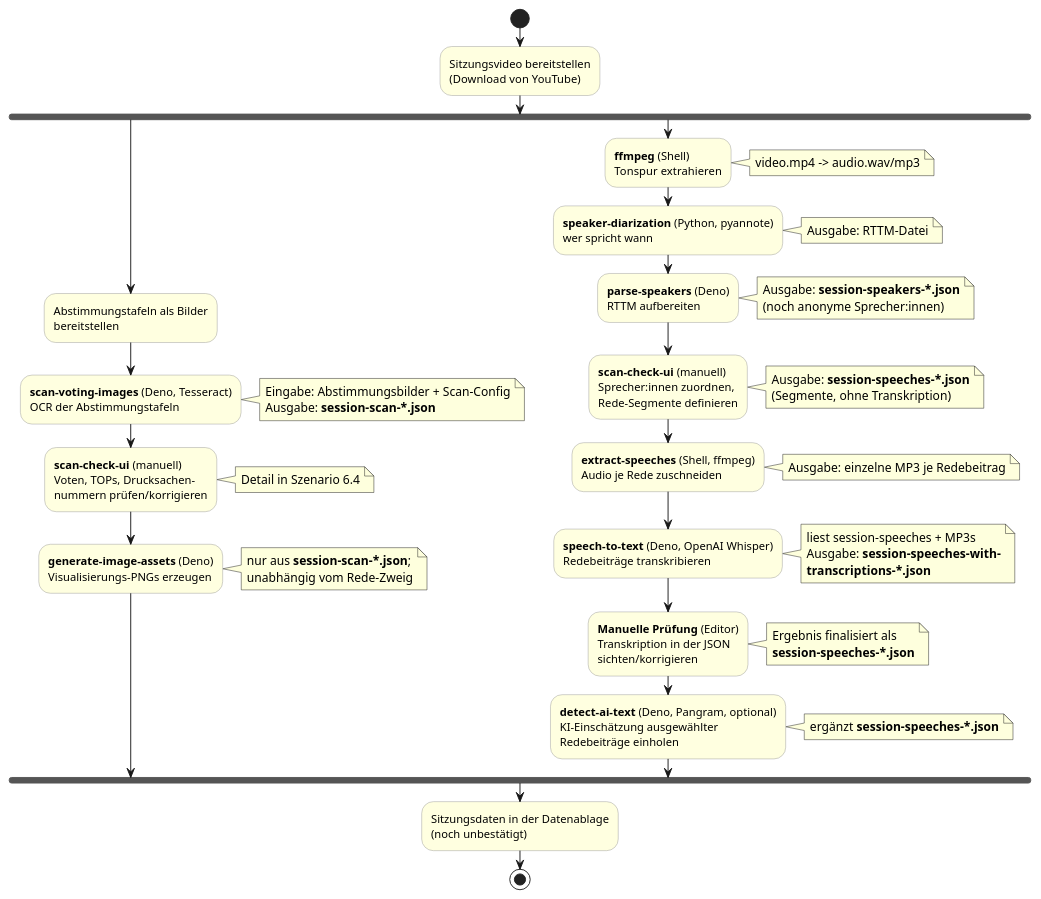
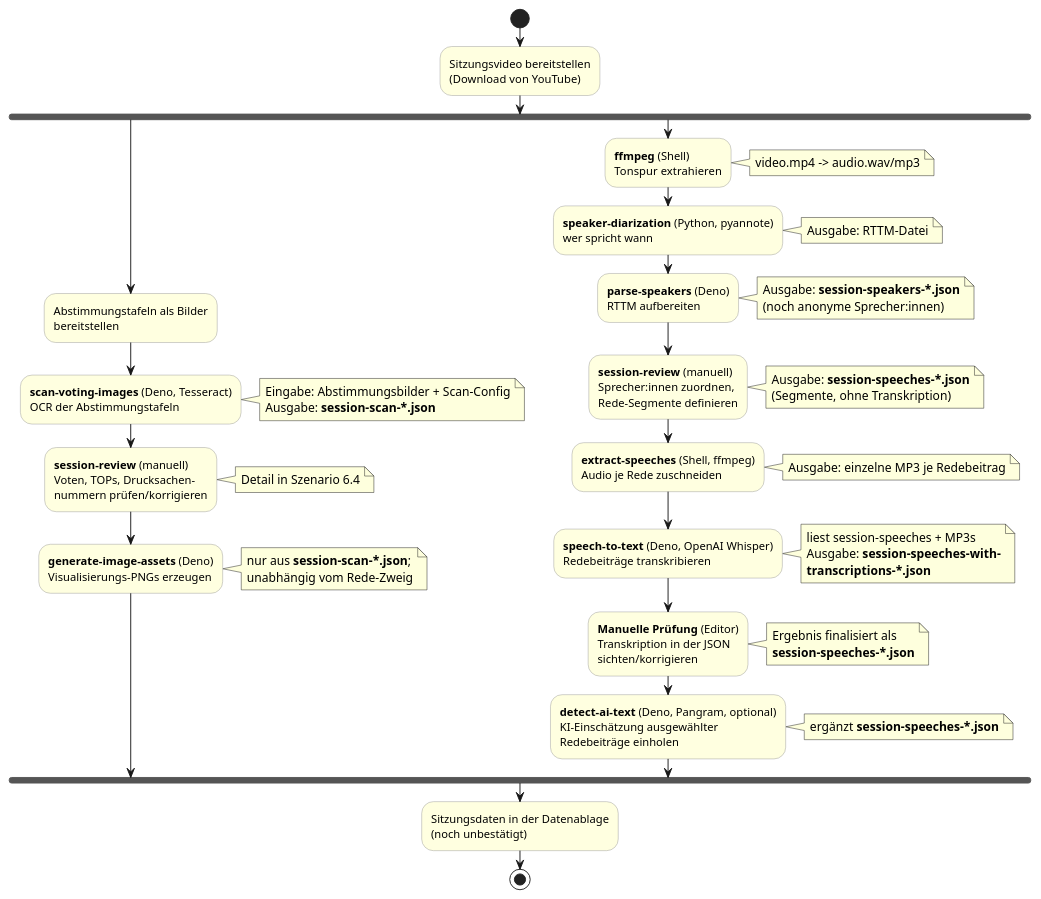
Before and after one commit to ungeschneuer/StadtratWatch-Leipzig: the diagram in docs/arc42/06-laufzeitsicht/01-sitzungsverarbeitung.adoc, drawn with PlantUML. The commit also changed other lines of this file and 44 other files, not shown here.

First line of the commit message:
feat: add session-review tool (#528)

```diff
--- a/docs/arc42/06-laufzeitsicht/01-sitzungsverarbeitung.adoc
+++ b/docs/arc42/06-laufzeitsicht/01-sitzungsverarbeitung.adoc
@@ -36,66 +36,66 @@
 [plantuml,lz-sitzungsverarbeitung,svg]
 ....
 @startuml
 skinparam shadowing false
 skinparam activity {
   BackgroundColor #lightyellow
   BorderColor #999999
 }
 
 start
 :Sitzungsvideo bereitstellen\n(Download von YouTube);
 
 fork
   ' --- Abstimmungs-Zweig (OCR) ---
   :Abstimmungstafeln als Bilder\nbereitstellen;
   :**scan-voting-images** (Deno, Tesseract)\nOCR der Abstimmungstafeln;
   note right
     Eingabe: Abstimmungsbilder + Scan-Config
     Ausgabe: **session-scan-*.json**
   end note
-  :**scan-check-ui** (manuell)\nVoten, TOPs, Drucksachen-\nnummern prüfen/korrigieren;
+  :**session-review** (manuell)\nVoten, TOPs, Drucksachen-\nnummern prüfen/korrigieren;
   note right: Detail in Szenario 6.4
   :**generate-image-assets** (Deno)\nVisualisierungs-PNGs erzeugen;
   note right
     nur aus **session-scan-*.json**;
     unabhängig vom Rede-Zweig
   end note
 fork again
   ' --- Rede-Zweig (Audio) ---
   :**ffmpeg** (Shell)\nTonspur extrahieren;
   note right: video.mp4 -> audio.wav/mp3
   :**speaker-diarization** (Python, pyannote)\nwer spricht wann;
   note right: Ausgabe: RTTM-Datei
   :**parse-speakers** (Deno)\nRTTM aufbereiten;
   note right
     Ausgabe: **session-speakers-*.json**
     (noch anonyme Sprecher:innen)
   end note
-  :**scan-check-ui** (manuell)\nSprecher:innen zuordnen,\nRede-Segmente definieren;
+  :**session-review** (manuell)\nSprecher:innen zuordnen,\nRede-Segmente definieren;
   note right
     Ausgabe: **session-speeches-*.json**
     (Segmente, ohne Transkription)
   end note
   :**extract-speeches** (Shell, ffmpeg)\nAudio je Rede zuschneiden;
   note right: Ausgabe: einzelne MP3 je Redebeitrag
   :**speech-to-text** (Deno, OpenAI Whisper)\nRedebeiträge transkribieren;
   note right
     liest session-speeches + MP3s
     Ausgabe: **session-speeches-with-**
     **transcriptions-*.json**
   end note
   :**Manuelle Prüfung** (Editor)\nTranskription in der JSON\nsichten/korrigieren;
   note right
     Ergebnis finalisiert als
     **session-speeches-*.json**
   end note
   :**detect-ai-text** (Deno, Pangram, optional)\nKI-Einschätzung ausgewählter\nRedebeiträge einholen;
   note right
     ergänzt **session-speeches-*.json**
   end note
 end fork
 
 :Sitzungsdaten in der Datenablage\n(noch unbestätigt);
 stop
 @enduml
 ....
```
